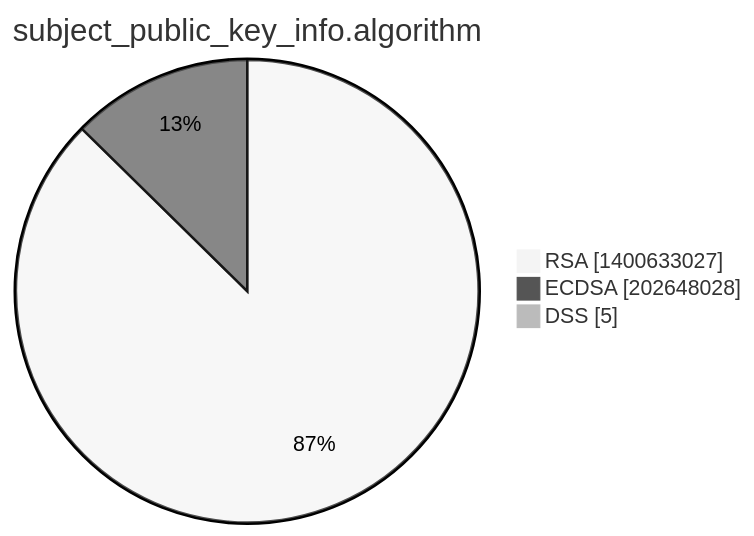
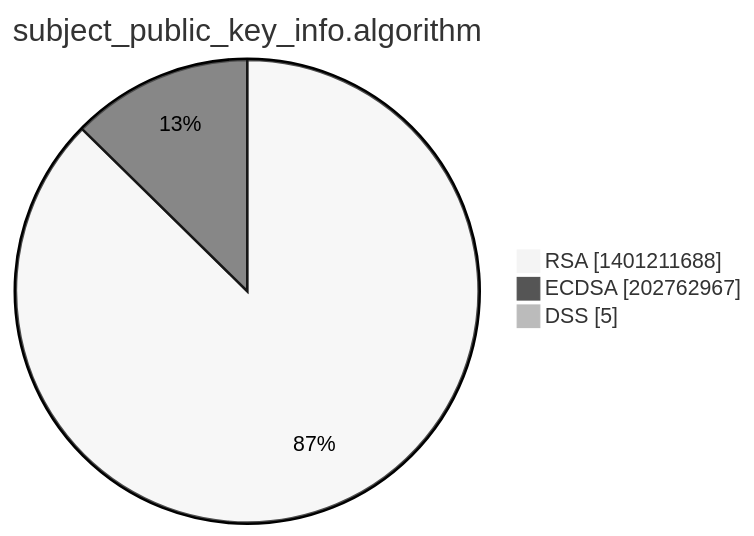
The third of 15 diagrams in xenon2022/README.md (christiankrug/ctmonitor_visualization), drawn with Mermaid (neutral theme) before and after one commit. The commit also changed other lines of this file, not shown here.

````diff
--- a/xenon2022/README.md
+++ b/xenon2022/README.md
@@ -14,7 +14,7 @@
 ```mermaid
 pie showData
 title subject_public_key_info.algorithm
-"RSA" :1400633027
-"ECDSA" :202648028
+"RSA" :1401211688
+"ECDSA" :202762967
 "DSS" :5
 ```
````
